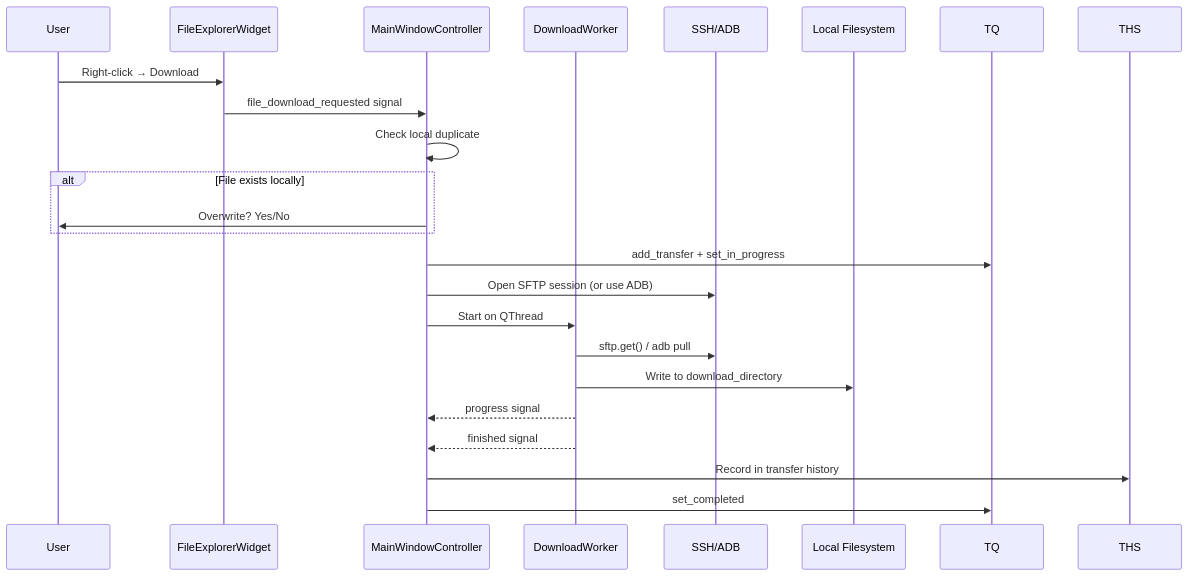
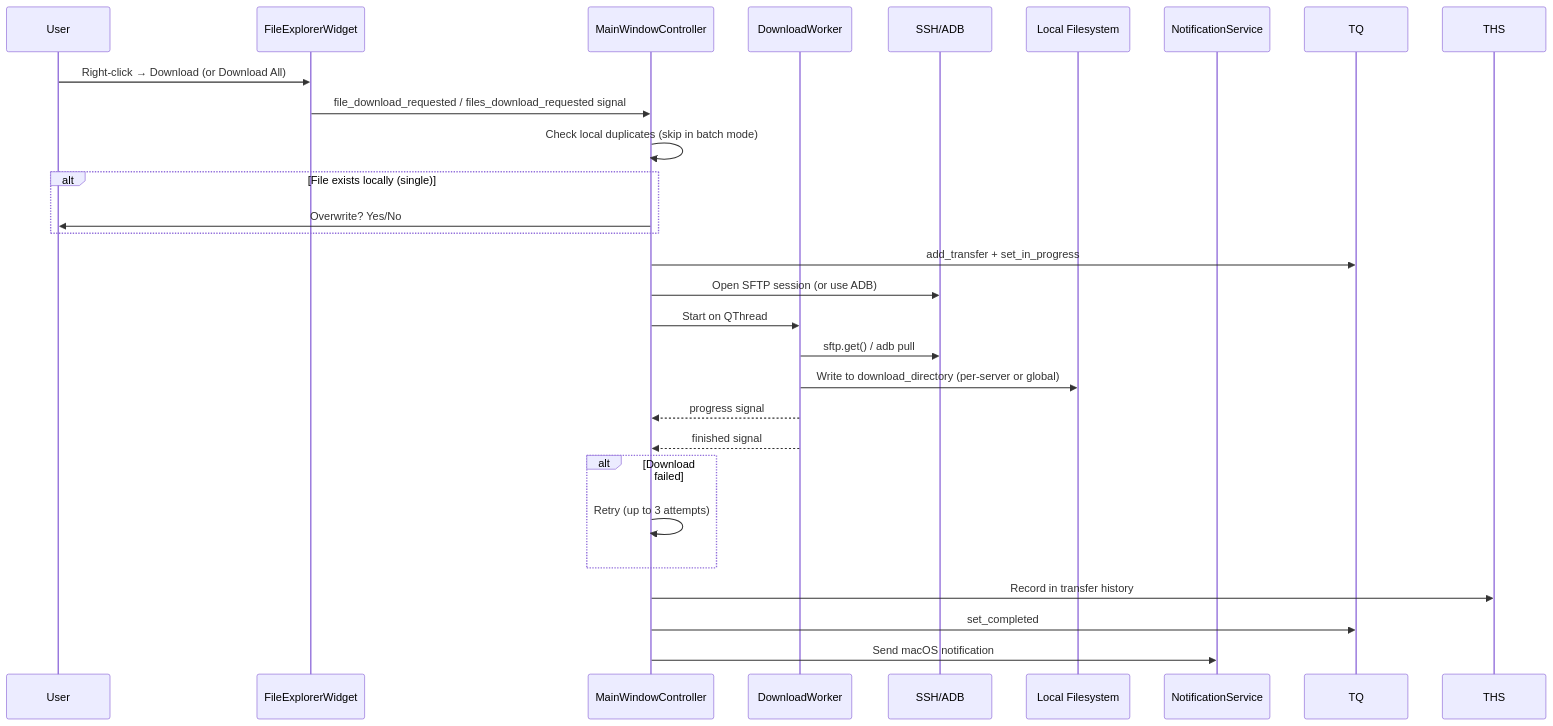
Before and after one commit to imlocle/filesling: the third of 5 diagrams in docs/SYSTEM_DIAGRAM.md, drawn with Mermaid. The commit also changed other lines of this file and 6 other files, not shown here.

````diff
--- a/docs/SYSTEM_DIAGRAM.md
+++ b/docs/SYSTEM_DIAGRAM.md
@@ -103,25 +112,30 @@
 ```mermaid
 sequenceDiagram
     participant User
     participant Explorer as FileExplorerWidget
     participant MWC as MainWindowController
     participant DW as DownloadWorker
     participant Remote as SSH/ADB
     participant Local as Local Filesystem
+    participant NS as NotificationService
 
-    User->>Explorer: Right-click → Download
-    Explorer->>MWC: file_download_requested signal
-    MWC->>MWC: Check local duplicate
-    alt File exists locally
+    User->>Explorer: Right-click → Download (or Download All)
+    Explorer->>MWC: file_download_requested / files_download_requested signal
+    MWC->>MWC: Check local duplicates (skip in batch mode)
+    alt File exists locally (single)
         MWC->>User: Overwrite? Yes/No
     end
     MWC->>TQ: add_transfer + set_in_progress
     MWC->>Remote: Open SFTP session (or use ADB)
     MWC->>DW: Start on QThread
     DW->>Remote: sftp.get() / adb pull
-    DW->>Local: Write to download_directory
+    DW->>Local: Write to download_directory (per-server or global)
     DW-->>MWC: progress signal
     DW-->>MWC: finished signal
+    alt Download failed
+        MWC->>MWC: Retry (up to 3 attempts)
+    end
     MWC->>THS: Record in transfer history
     MWC->>TQ: set_completed
+    MWC->>NS: Send macOS notification
 ```
````
